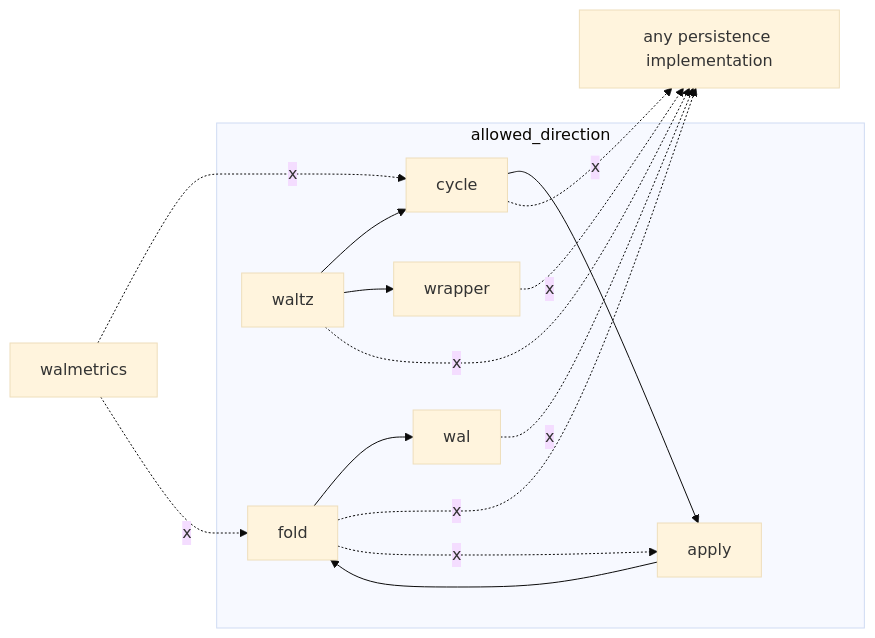
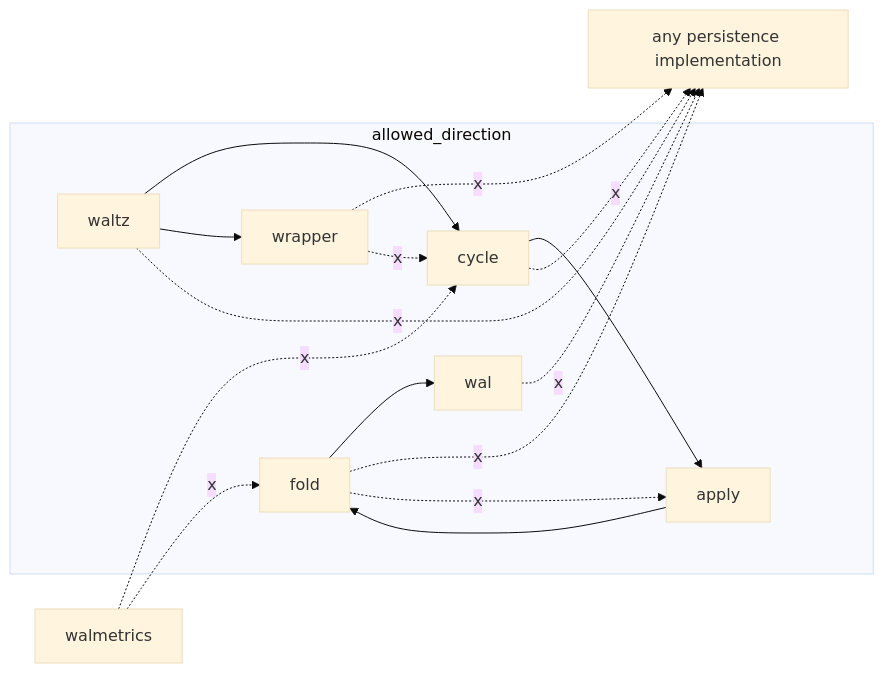
One commit to aromanovich/waltz changed the third of 4 diagrams in docs/handbook/03-components.md. Above: the diagram before and after it, drawn with Mermaid (base theme). The commit also changed other lines of this file and 5 other files, not shown here.

````diff
--- a/docs/handbook/03-components.md
+++ b/docs/handbook/03-components.md
@@ -175,27 +175,28 @@
 ```mermaid
 graph LR
   subgraph allowed_direction
     W["wal"]
     F["fold"]
     A["apply"]
     C["cycle"]
     WR["wrapper"]
     N["waltz"]
     F --> W
     A --> F
     C --> A
     N --> C
     N --> WR
   end
   STORE["any persistence implementation"]
   MET["walmetrics"]
 
   W -.->|"x"| STORE
   F -.->|"x"| STORE
   C -.->|"x"| STORE
   WR -.->|"x"| STORE
   N -.->|"x"| STORE
   F -.->|"x"| A
+  WR -.->|"x"| C
   MET -.->|"x"| C
   MET -.->|"x"| F
 ```
````
